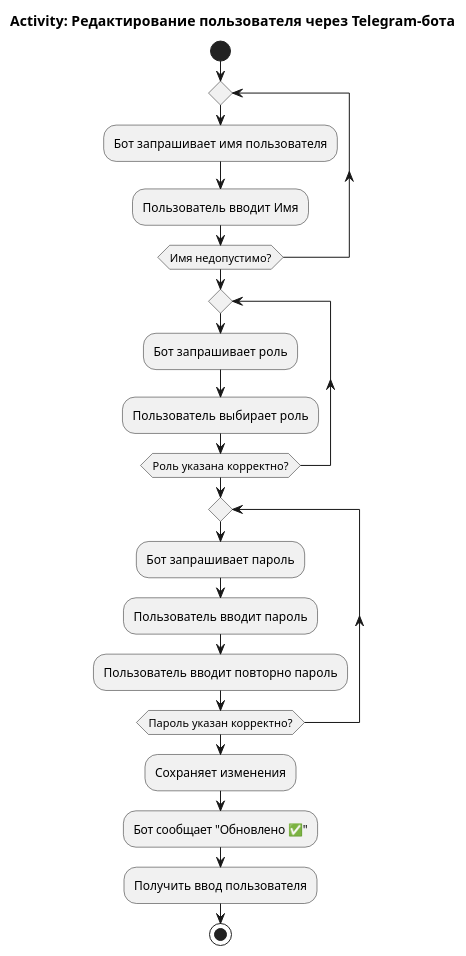
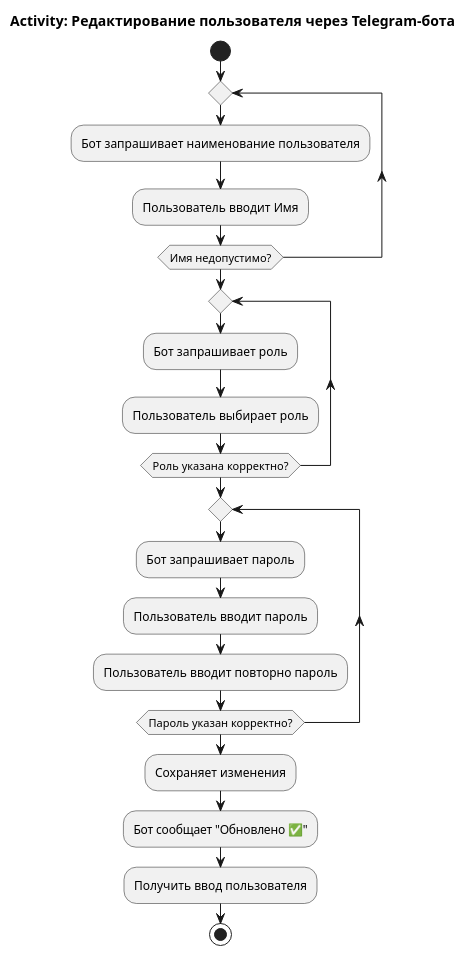
One commit to MaratDevOps/VPNManagerDoc changed the diagram in ActivityDiagramSettingUser.plantuml. Above: the diagram before and after it, drawn with PlantUML. The commit also changed 13 other files, not shown here.

```diff
--- a/ActivityDiagramSettingUser.plantuml
+++ b/ActivityDiagramSettingUser.plantuml
@@ -1,30 +1,33 @@
 @startuml Activity_setting_user
 title Activity: Редактирование пользователя через Telegram-бота
-
+/'переименовать в создание пользователя'/
 start
 
 /':Админ вводит /edit_user;'/
 repeat
-:Бот запрашивает имя пользователя;
+:Бот запрашивает наименование пользователя;
+/':имя внутри нашей системы ;'/
 :Пользователь вводит Имя;
 repeat while (Имя недопустимо?)
 
 repeat
 :Бот запрашивает роль;
 :Пользователь выбирает роль;
+/':администратор пользователь ;'/
 repeat while (Роль указана корректно?)
 
 repeat
 :Бот запрашивает пароль;
 :Пользователь вводит пароль;
 :Пользователь вводит повторно пароль;
 repeat while (Пароль указан корректно?)
 
 
+
 :Сохраняет изменения;
 
 :Бот сообщает "Обновлено ✅";
 :Получить ввод пользователя;
 
 stop
 @enduml
```
